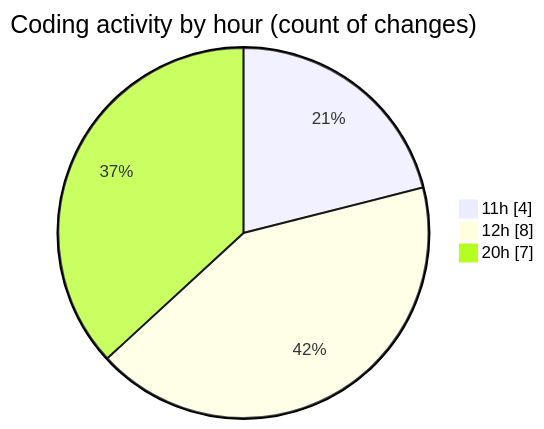
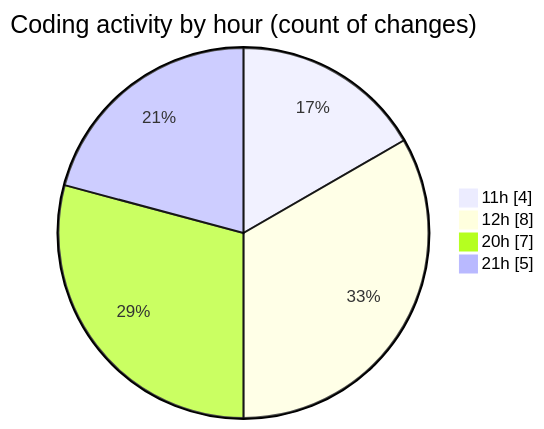
Before and after one commit to nxtqubesakshisongat/code-tracking: the second of 2 diagrams in 2025-10-24/javacript/README.md, drawn with Mermaid. The commit also changed other lines of this file and 1 other file, not shown here.

````diff
--- a/2025-10-24/javacript/README.md
+++ b/2025-10-24/javacript/README.md
@@ -28,7 +28,8 @@
 ```mermaid
 pie showData
 title Coding activity by hour (count of changes)
 "11h" : 4
 "12h" : 8
 "20h" : 7
+"21h" : 5
 ```
````
